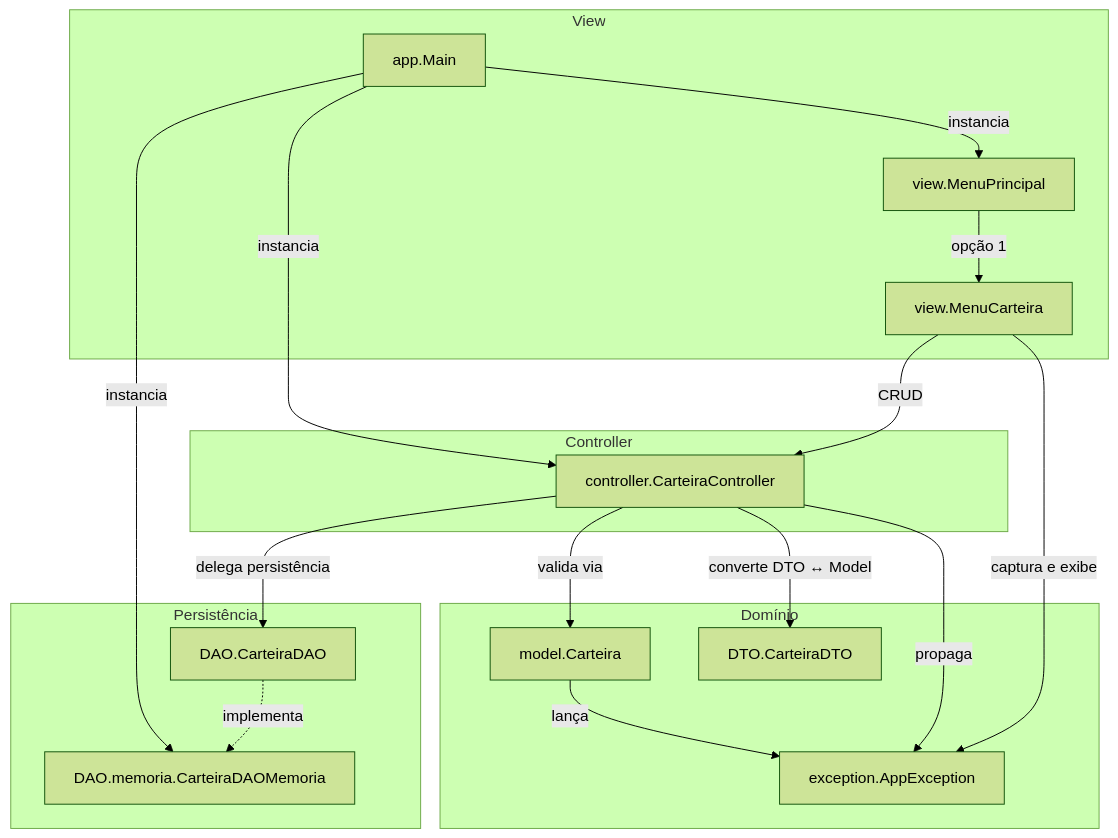
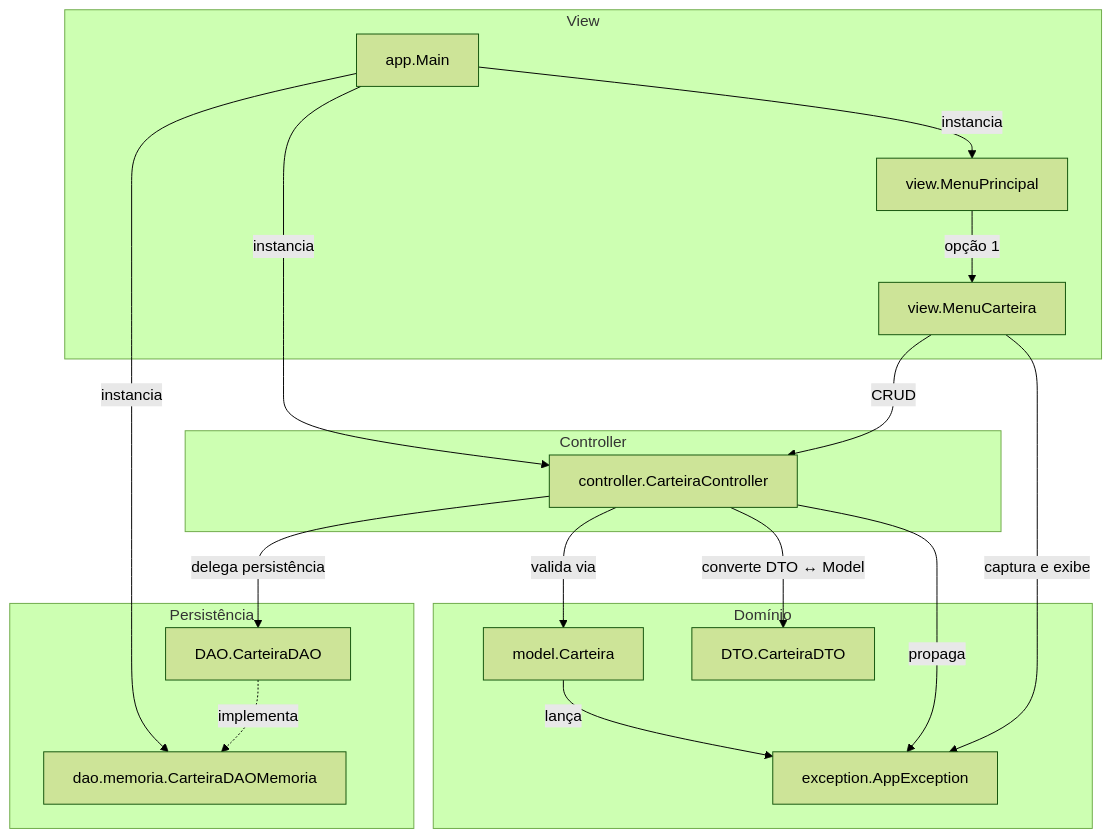
Before and after one commit to CassianoBorborema/FT_Coin: the first of 9 diagrams in docs/fluxo-carteira.md, drawn with Mermaid (forest theme). The commit also changed other lines of this file and 147 other files, not shown here.

````diff
--- a/docs/fluxo-carteira.md
+++ b/docs/fluxo-carteira.md
@@ -11,36 +11,36 @@
 ```mermaid
 flowchart TB
     subgraph viewLayer [View]
         Main["app.Main"]
         MenuPrincipal["view.MenuPrincipal"]
         MenuCarteira["view.MenuCarteira"]
     end
 
     subgraph controllerLayer [Controller]
         CarteiraController["controller.CarteiraController"]
     end
 
     subgraph domainLayer [Domínio]
         CarteiraModel["model.Carteira"]
         CarteiraDTO["DTO.CarteiraDTO"]
         AppException["exception.AppException"]
     end
 
     subgraph persistenceLayer [Persistência]
         CarteiraDAO["DAO.CarteiraDAO"]
-        CarteiraDAOMemoria["DAO.memoria.CarteiraDAOMemoria"]
+        CarteiraDAOMemoria["dao.memoria.CarteiraDAOMemoria"]
     end
 
     Main -->|"instancia"| CarteiraDAOMemoria
     Main -->|"instancia"| CarteiraController
     Main -->|"instancia"| MenuPrincipal
     MenuPrincipal -->|"opção 1"| MenuCarteira
     MenuCarteira -->|"CRUD"| CarteiraController
     CarteiraController -->|"valida via"| CarteiraModel
     CarteiraController -->|"converte DTO ↔ Model"| CarteiraDTO
     CarteiraController -->|"delega persistência"| CarteiraDAO
     CarteiraDAO -.->|"implementa"| CarteiraDAOMemoria
     CarteiraModel -->|"lança"| AppException
     CarteiraController -->|"propaga"| AppException
     MenuCarteira -->|"captura e exibe"| AppException
 ```
````
